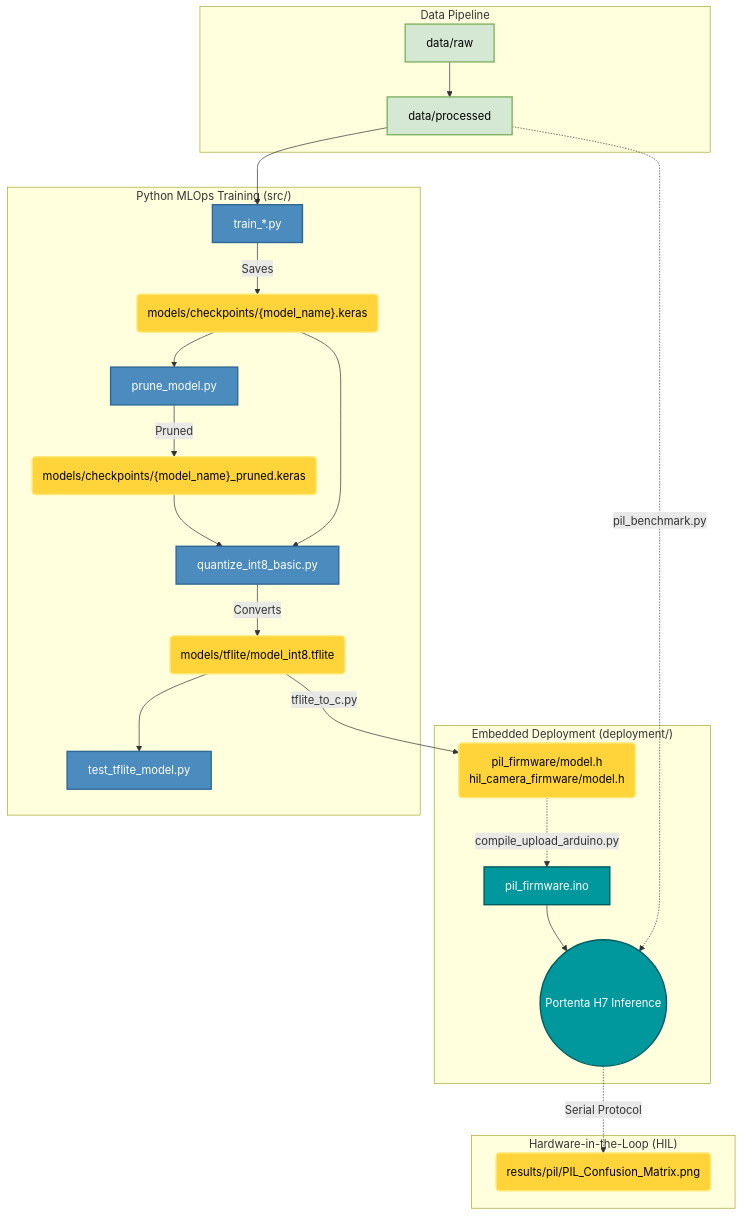
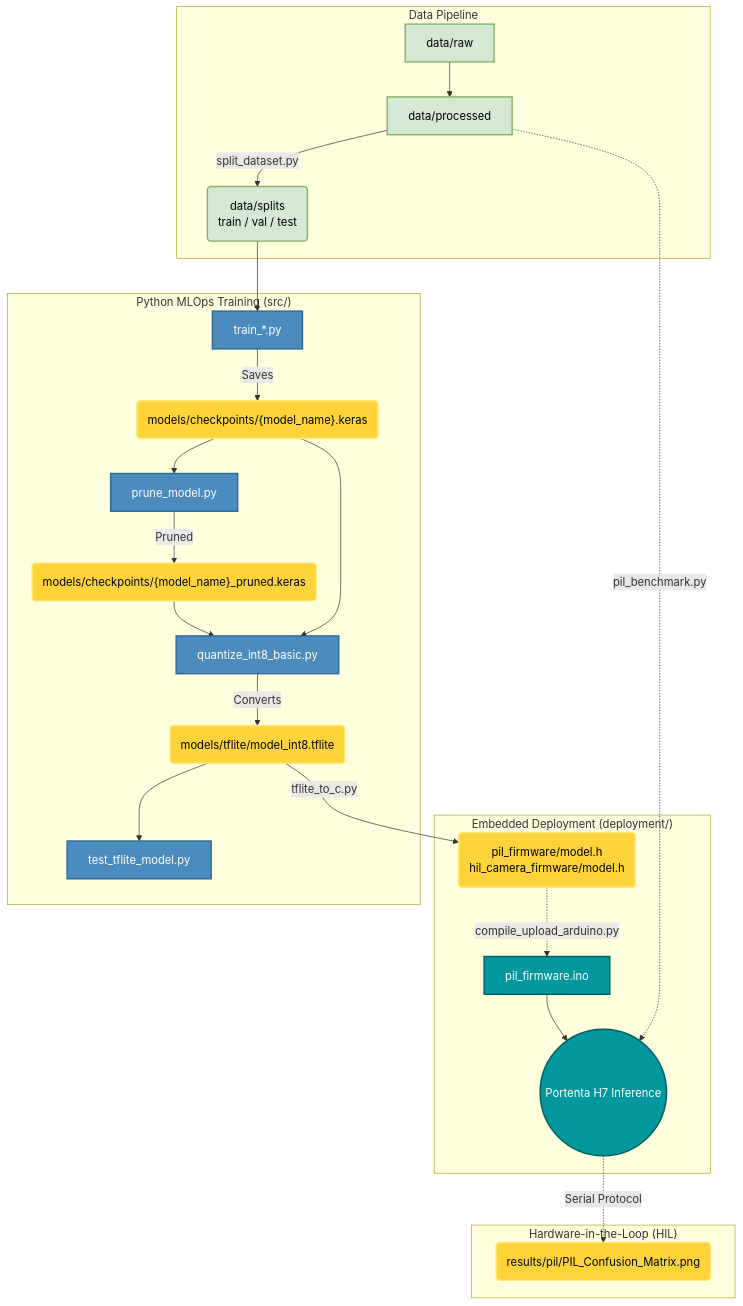
Before and after one commit to F4bian1012/Investigacion: the diagram in README.md, drawn with Mermaid. The commit also changed other lines of this file, not shown here.

Commit message:
docs: update dataset splitting and evaluation instructions

````diff
--- a/README.md
+++ b/README.md
@@ -91,35 +93,36 @@
 ```mermaid
 graph TD
     %% Styling
     classDef default fill:#f9f9f9,stroke:#333,stroke-width:2px,color:#000;
     classDef data fill:#D5E8D4,stroke:#82B366,stroke-width:2px,color:#000;
     classDef python fill:#4B8BBE,stroke:#306998,stroke-width:2px,color:#fff;
     classDef hardware fill:#00979D,stroke:#005C5F,stroke-width:2px,color:#fff;
     classDef artifact fill:#FFD43B,stroke:#FFE873,stroke-width:2px,color:#000;
 
     subgraph "Data Pipeline"
         RAW[data/raw]:::data --> PROC[data/processed]:::data
+        PROC -->|split_dataset.py| SPLITS("data/splits<br/>train / val / test"):::data
     end
 
     subgraph "Python MLOps Training (src/)"
-        PROC --> TRAIN[train_*.py]:::python
+        SPLITS --> TRAIN[train_*.py]:::python
         TRAIN -->|Saves| KERAS("models/checkpoints/{model_name}.keras"):::artifact
         KERAS --> PRUNE[prune_model.py]:::python
         PRUNE -->|Pruned| KERAS_PRUNED("models/checkpoints/{model_name}_pruned.keras"):::artifact
         KERAS --> OPT[quantize_int8_basic.py]:::python
         KERAS_PRUNED --> OPT
         OPT -->|Converts| TFLITE(models/tflite/model_int8.tflite):::artifact
         TFLITE --> EVAL[test_tflite_model.py]:::python
     end
 
     subgraph "Embedded Deployment (deployment/)"
         TFLITE -->|tflite_to_c.py| HEADER("pil_firmware/model.h<br/>hil_camera_firmware/model.h"):::artifact
         HEADER -.->|compile_upload_arduino.py| C_ENGINE[pil_firmware.ino]:::hardware
         C_ENGINE --> INFERENCE((Portenta H7 Inference)):::hardware
     end
 
     subgraph "Hardware-in-the-Loop (HIL)"
         PROC -.->|pil_benchmark.py| INFERENCE
         INFERENCE -.->|Serial Protocol| CM_PLOT(results/pil/PIL_Confusion_Matrix.png):::artifact
     end
 ```
````
